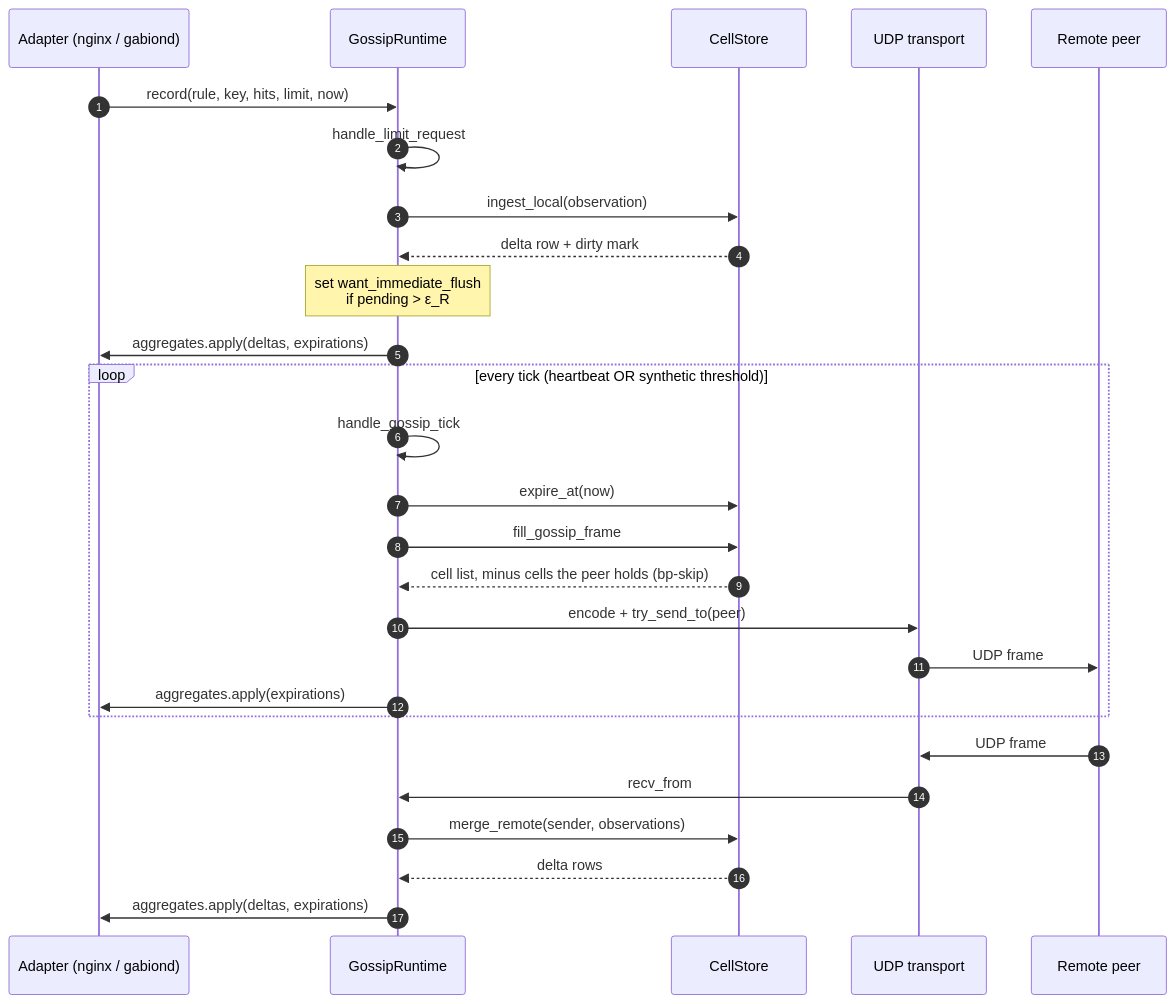
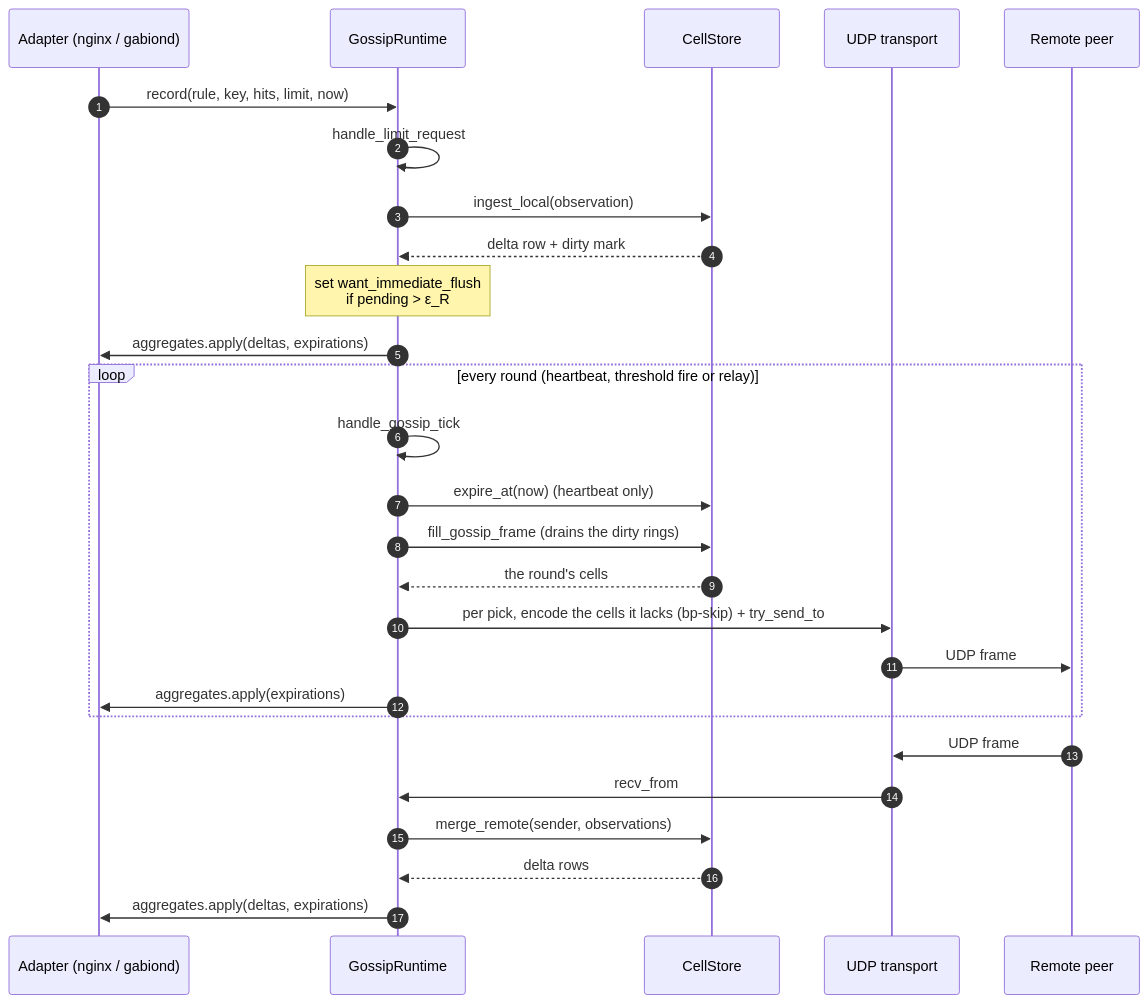
One commit to prosody-events/gabion changed the first of 2 diagrams in crates/gabion/README.md. Above: the diagram before and after it, drawn with Mermaid. The commit also changed other lines of this file and 11 other files, not shown here.

````diff
--- a/crates/gabion/README.md
+++ b/crates/gabion/README.md
@@ -164,32 +170,32 @@
 ```mermaid
 sequenceDiagram
     autonumber
     participant Adapter as Adapter (nginx / gabiond)
     participant Runtime as GossipRuntime
     participant Store as CellStore
     participant Tx as UDP transport
     participant Peer as Remote peer
 
     Adapter->>Runtime: record(rule, key, hits, limit, now)
     Runtime->>Runtime: handle_limit_request
     Runtime->>Store: ingest_local(observation)
     Store-->>Runtime: delta row + dirty mark
     Note over Runtime: set want_immediate_flush<br/>if pending > ε_R
     Runtime->>Adapter: aggregates.apply(deltas, expirations)
 
-    loop every tick (heartbeat OR synthetic threshold)
+    loop every round (heartbeat, threshold fire or relay)
         Runtime->>Runtime: handle_gossip_tick
-        Runtime->>Store: expire_at(now)
-        Runtime->>Store: fill_gossip_frame
-        Store-->>Runtime: cell list, minus cells the peer holds (bp-skip)
-        Runtime->>Tx: encode + try_send_to(peer)
+        Runtime->>Store: expire_at(now) (heartbeat only)
+        Runtime->>Store: fill_gossip_frame (drains the dirty rings)
+        Store-->>Runtime: the round's cells
+        Runtime->>Tx: per pick, encode the cells it lacks (bp-skip) + try_send_to
         Tx->>Peer: UDP frame
         Runtime->>Adapter: aggregates.apply(expirations)
     end
 
     Peer->>Tx: UDP frame
     Tx->>Runtime: recv_from
     Runtime->>Store: merge_remote(sender, observations)
     Store-->>Runtime: delta rows
     Runtime->>Adapter: aggregates.apply(deltas, expirations)
 ```
````
